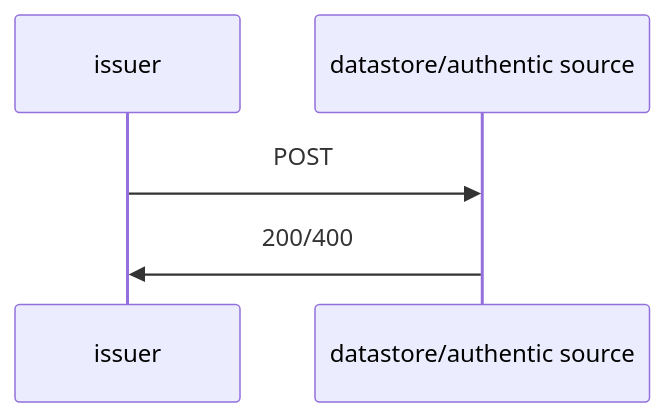
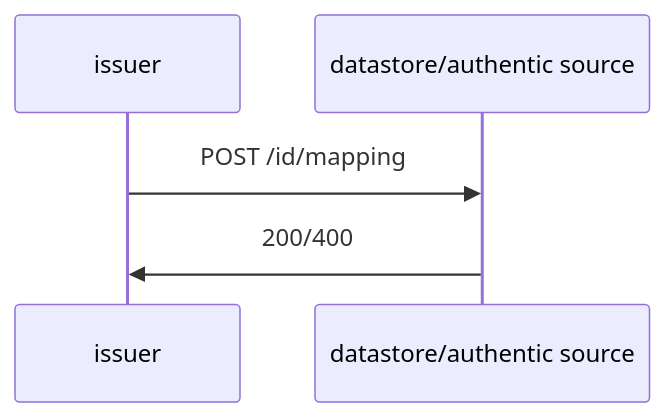
The seventh of 8 diagrams in standards/apiv21.md (dc4eu/vc), drawn with Mermaid before and after one commit. The commit also changed other lines of this file, not shown here.

````diff
--- a/standards/apiv21.md
+++ b/standards/apiv21.md
@@ -352,5 +352,5 @@
 ```mermaid
 sequenceDiagram;
-    issuer->>datastore/authentic source: POST;
+    issuer->>datastore/authentic source: POST /id/mapping;
     datastore/authentic source->>issuer: 200/400;
 ```
````
